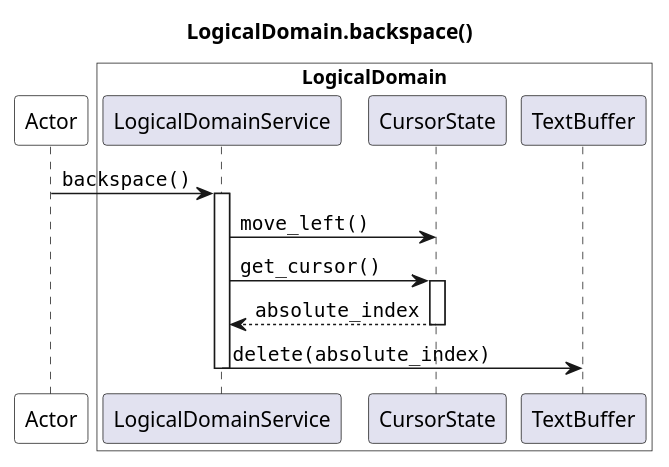
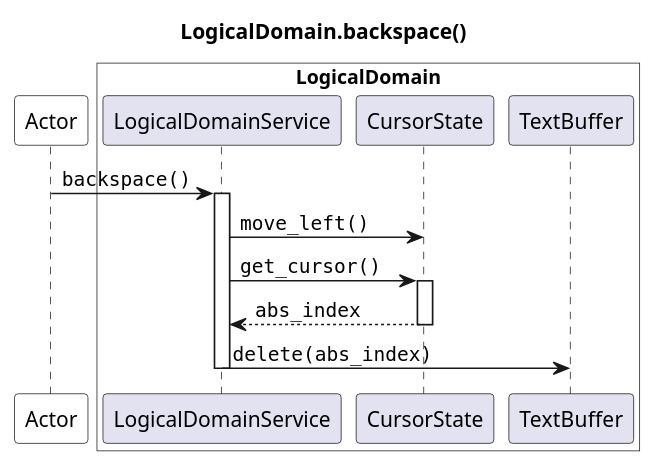
Before and after one commit to JoeRittiner/TextEngine: the diagram in docs/source/specs/architecture/diagrams/sequence/seq_backspace_logical.puml, drawn with PlantUML. The commit also changed 11 other files, not shown here.

Commit message:
doc: Cleanup diagrams and consistency

```diff
--- a/docs/source/specs/architecture/diagrams/sequence/seq_backspace_logical.puml
+++ b/docs/source/specs/architecture/diagrams/sequence/seq_backspace_logical.puml
@@ -1,24 +1,24 @@
 @startuml
 
 title LogicalDomain.backspace()
 
 participant Actor as app #white
 box "LogicalDomain" #white
     participant LogicalDomainService as LS
     participant CursorState as CS
     participant TextBuffer as TB
 end box
 
 app -> LS : ""backspace()""
 activate LS
 
     LS -> CS : ""move_left()""
 
     LS -> CS : ""get_cursor()""
     activate CS
-        return ""absolute_index""
+        return ""abs_index""
 
-    LS -> TB : ""delete(absolute_index)""
+    LS -> TB : ""delete(abs_index)""
     deactivate LS
 
 @enduml
```
